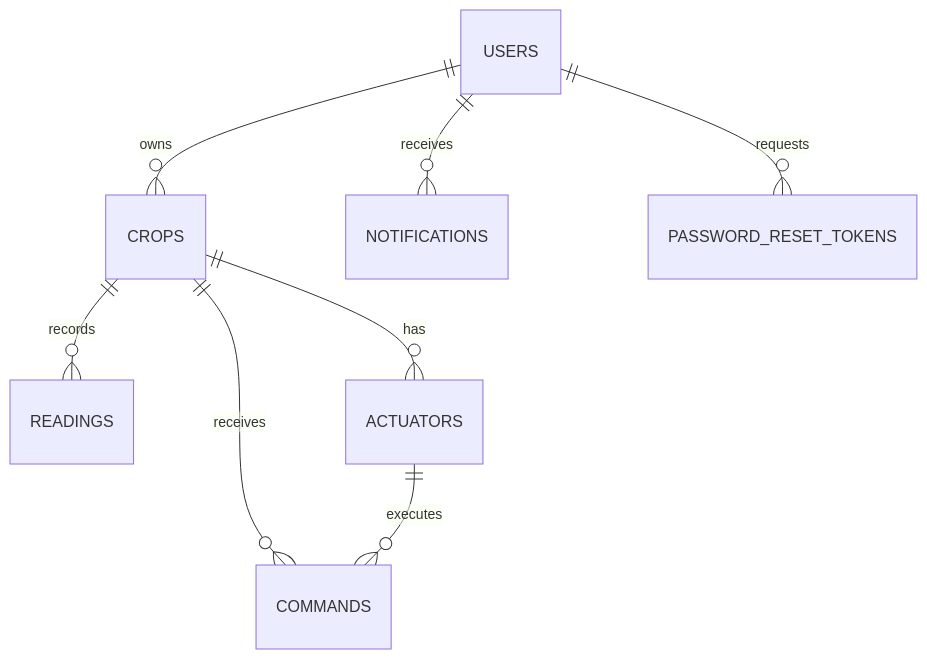
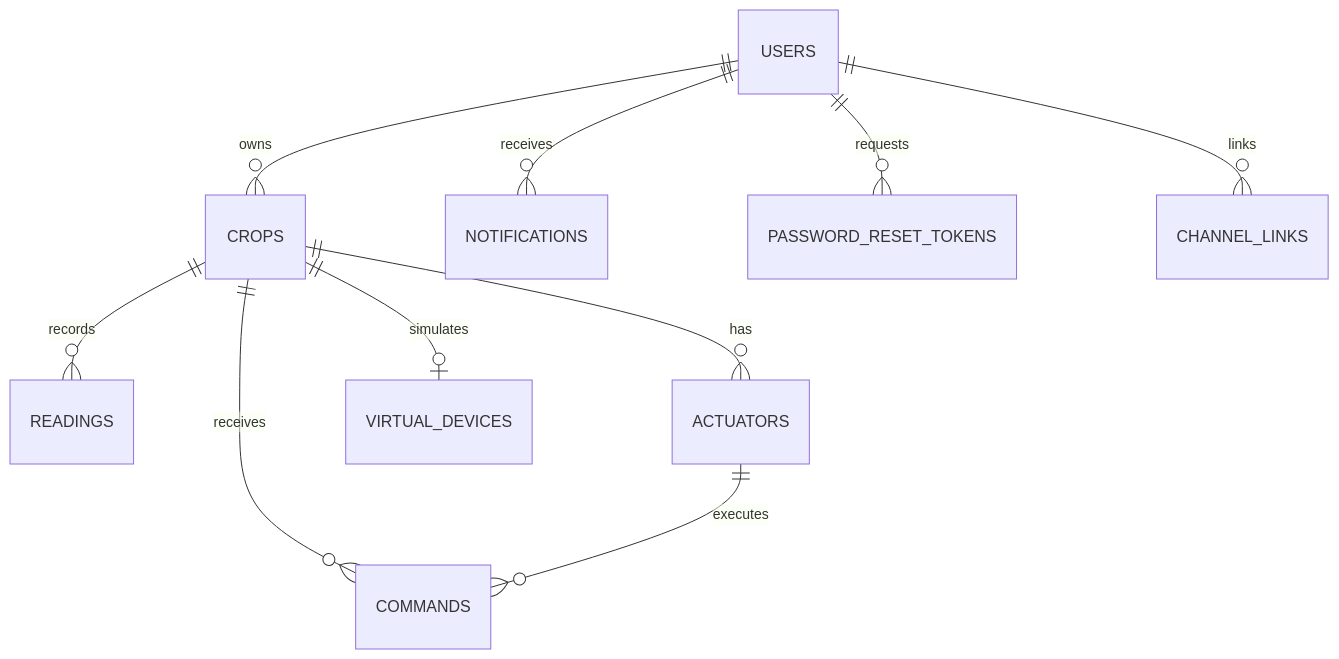
One commit to SmartPotTech/SmartPot-DB changed the diagram in README.md. Above: the diagram before and after it, drawn with Mermaid. The commit also changed other lines of this file, not shown here.

Commit message:
Document API-created collections and link superdiagrams

````diff
--- a/README.md
+++ b/README.md
@@ -35,10 +35,12 @@
 ```mermaid
 erDiagram
   USERS ||--o{ CROPS : owns
   USERS ||--o{ NOTIFICATIONS : receives
   USERS ||--o{ PASSWORD_RESET_TOKENS : requests
   CROPS ||--o{ READINGS : records
   CROPS ||--o{ ACTUATORS : has
   CROPS ||--o{ COMMANDS : receives
   ACTUATORS ||--o{ COMMANDS : executes
+  USERS ||--o{ CHANNEL_LINKS : links
+  CROPS ||--o| VIRTUAL_DEVICES : simulates
 ```
````
